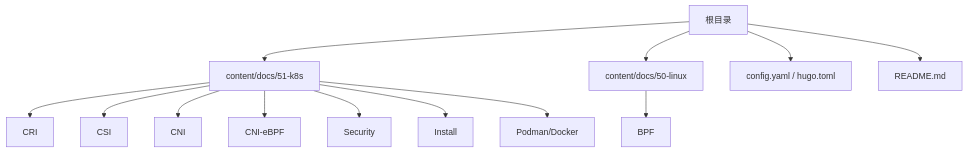
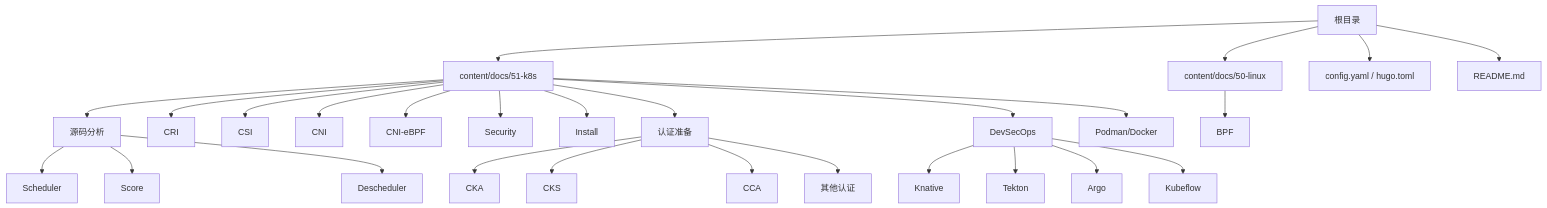
The first of 12 diagrams in .qoder/repowiki/zh/content/技术文档体系/Kubernetes生态系统/Kubernetes生态系统.md (nianjiang/nianjiang.github.io), drawn with Mermaid before and after one commit. The commit also changed other lines of this file and 21 other files, not shown here.

````diff
--- a/.qoder/repowiki/zh/content/技术文档体系/Kubernetes生态系统/Kubernetes生态系统.md
+++ b/.qoder/repowiki/zh/content/技术文档体系/Kubernetes生态系统/Kubernetes生态系统.md
@@ -42,15 +72,29 @@
 ```mermaid
 graph TB
 A["根目录"] --> B["content/docs/51-k8s"]
 A --> C["content/docs/50-linux"]
 A --> D["config.yaml / hugo.toml"]
 A --> E["README.md"]
-B --> B1["CRI"]
-B --> B2["CSI"]
-B --> B3["CNI"]
-B --> B4["CNI-eBPF"]
-B --> B5["Security"]
-B --> B6["Install"]
-B --> B7["Podman/Docker"]
+B --> B1["源码分析"]
+B --> B2["CRI"]
+B --> B3["CSI"]
+B --> B4["CNI"]
+B --> B5["CNI-eBPF"]
+B --> B6["Security"]
+B --> B7["Install"]
+B --> B8["认证准备"]
+B --> B9["DevSecOps"]
+B --> B10["Podman/Docker"]
 C --> C1["BPF"]
+B1 --> B1a["Scheduler"]
+B1 --> B1b["Score"]
+B1 --> B1c["Descheduler"]
+B8 --> B8a["CKA"]
+B8 --> B8b["CKS"]
+B8 --> B8c["CCA"]
+B8 --> B8d["其他认证"]
+B9 --> B9a["Knative"]
+B9 --> B9b["Tekton"]
+B9 --> B9c["Argo"]
+B9 --> B9d["Kubeflow"]
 ```
````
